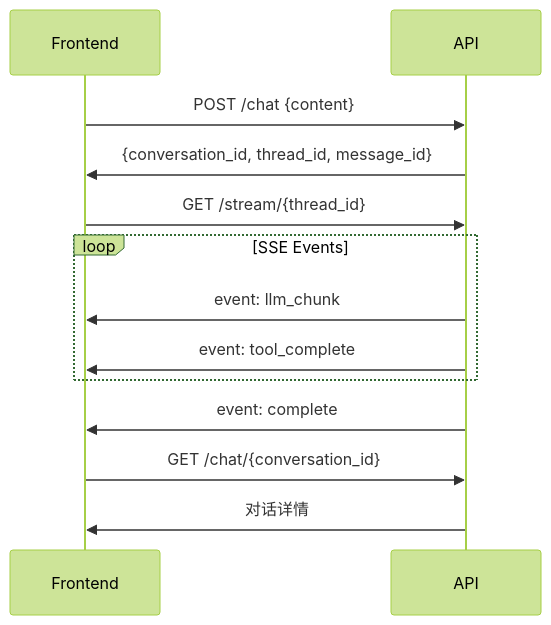
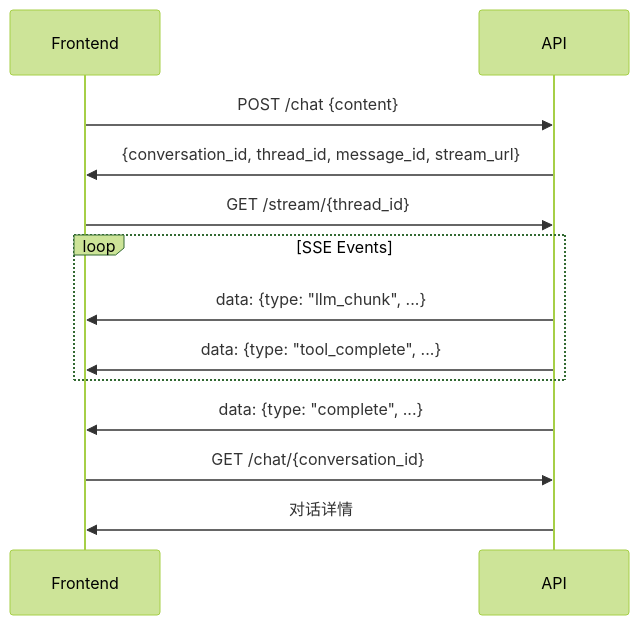
Before and after one commit to Neutrino1998/artifact-flow: the diagram in docs/api.md, drawn with Mermaid (forest theme). The commit also changed other lines of this file and 4 other files, not shown here.

````diff
--- a/docs/api.md
+++ b/docs/api.md
@@ -18,18 +18,18 @@
 ```mermaid
 sequenceDiagram
     participant Frontend
     participant API
 
     Frontend->>API: POST /chat {content}
-    API->>Frontend: {conversation_id, thread_id, message_id}
+    API->>Frontend: {conversation_id, thread_id, message_id, stream_url}
 
     Frontend->>API: GET /stream/{thread_id}
     loop SSE Events
-        API->>Frontend: event: llm_chunk
-        API->>Frontend: event: tool_complete
+        API->>Frontend: data: {type: "llm_chunk", ...}
+        API->>Frontend: data: {type: "tool_complete", ...}
     end
-    API->>Frontend: event: complete
+    API->>Frontend: data: {type: "complete", ...}
 
     Frontend->>API: GET /chat/{conversation_id}
     API->>Frontend: 对话详情
 ```
````
